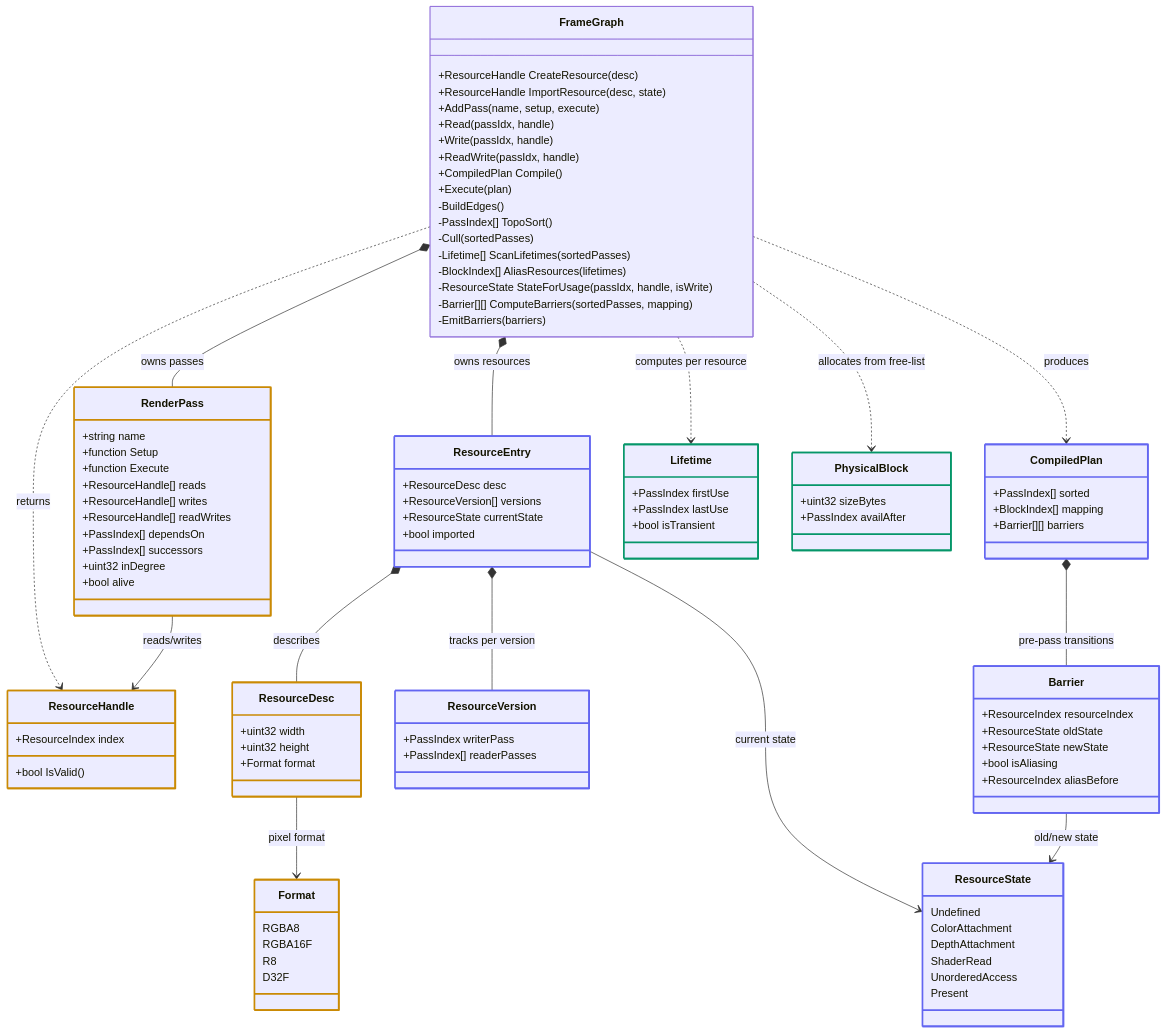
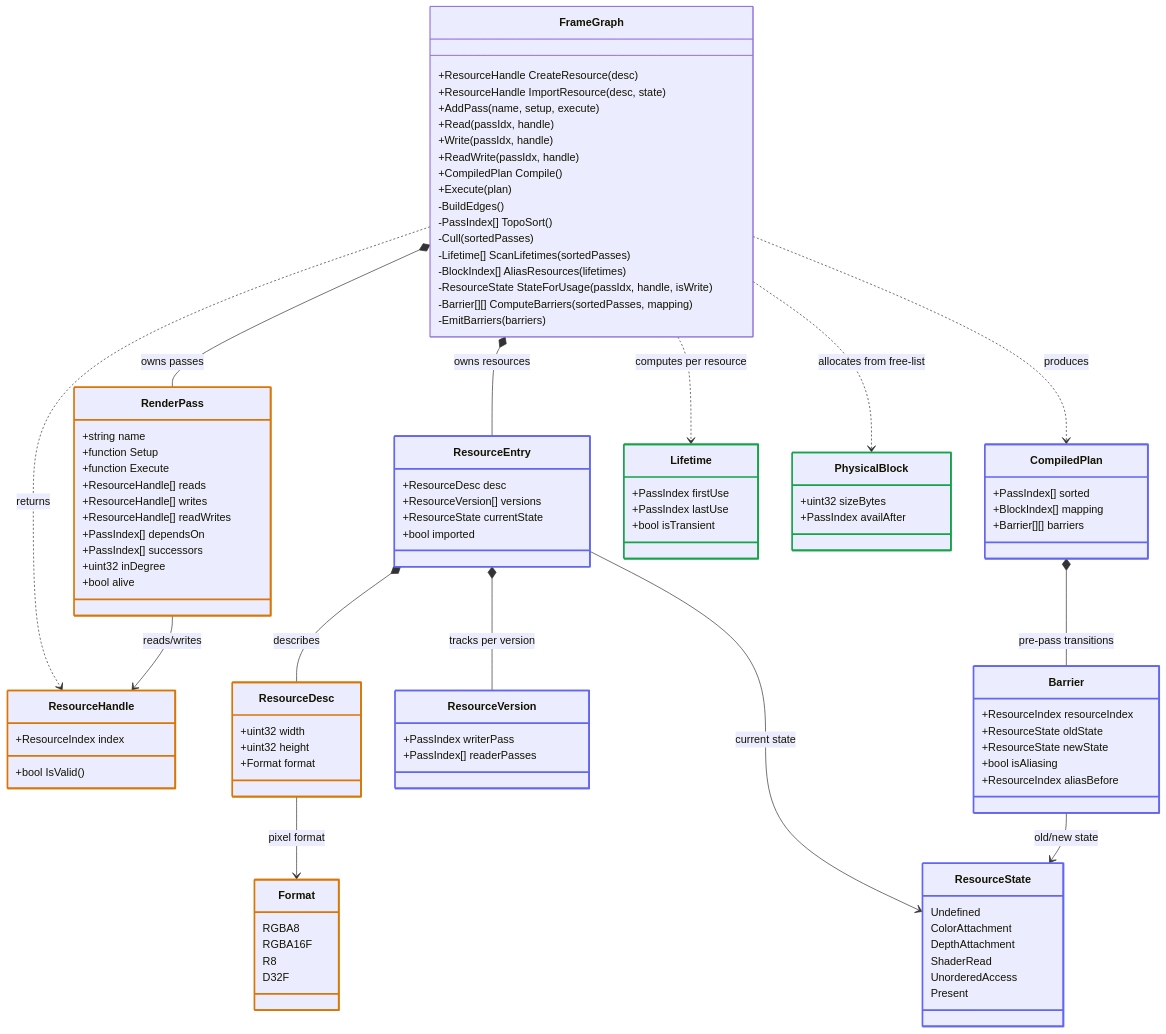
Before and after one commit to stoleckipawel/DeepSpark: the diagram in content/posts/frame-graph-build-it/index.md, drawn with Mermaid. The commit also changed other lines of this file and 18 other files, not shown here.

```diff
--- a/content/posts/frame-graph-build-it/index.md
+++ b/content/posts/frame-graph-build-it/index.md
@@ -202,15 +201,15 @@
 CompiledPlan *-- Barrier : pre-pass transitions
 Barrier --> ResourceState : old/new state
 
-style ResourceHandle stroke:#ca8a04,stroke-width:2.5px
-style ResourceDesc stroke:#ca8a04,stroke-width:2.5px
-style Format stroke:#ca8a04,stroke-width:2.5px
-style RenderPass stroke:#ca8a04,stroke-width:2.5px
+style ResourceHandle stroke:#d97706,stroke-width:2.5px
+style ResourceDesc stroke:#d97706,stroke-width:2.5px
+style Format stroke:#d97706,stroke-width:2.5px
+style RenderPass stroke:#d97706,stroke-width:2.5px
 style ResourceEntry stroke:#6366f1,stroke-width:2.5px
 style ResourceVersion stroke:#6366f1,stroke-width:2.5px
 style ResourceState stroke:#6366f1,stroke-width:2.5px
 style Barrier stroke:#6366f1,stroke-width:2.5px
 style CompiledPlan stroke:#6366f1,stroke-width:2.5px
-style Lifetime stroke:#059669,stroke-width:2.5px
-style PhysicalBlock stroke:#059669,stroke-width:2.5px
+style Lifetime stroke:#16a34a,stroke-width:2.5px
+style PhysicalBlock stroke:#16a34a,stroke-width:2.5px
 {{< /mermaid >}}
```
